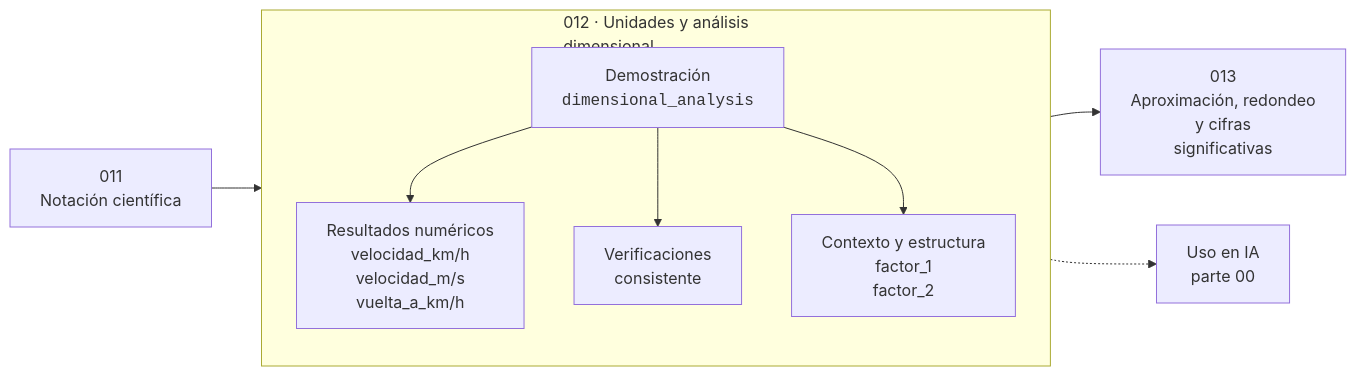
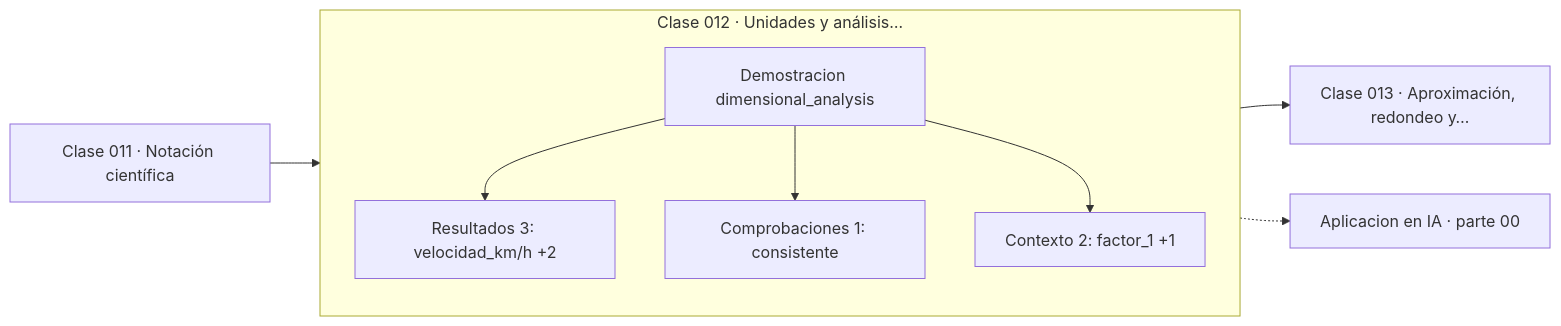
The diagram in classes/part-00-pensamiento-matematico-desde-cero/012-unidades-y-analisis-dimensional/README.md (vladimiracunadev-create/computational-mathematics-program), drawn with Mermaid before and after one commit. The commit also changed 389 other files, not shown here.

First line of the commit message:
fix(diagramas): elimina el HTML de las etiquetas Mermaid

````diff
--- a/classes/part-00-pensamiento-matematico-desde-cero/012-unidades-y-analisis-dimensional/README.md
+++ b/classes/part-00-pensamiento-matematico-desde-cero/012-unidades-y-analisis-dimensional/README.md
@@ -35,12 +35,13 @@
 ```mermaid
 flowchart LR
-    P["011<br/>Notación científica"] --> C
-    subgraph C["012 · Unidades y análisis<br/>dimensional"]
+    P["Clase 011 · Notación científica"] --> D
+    subgraph CLASE["Clase 012 · Unidades y análisis…"]
         direction TB
-        D["Demostración<br/><code>dimensional_analysis</code>"] --> R["Resultados numéricos<br/>velocidad_km/h<br/>velocidad_m/s<br/>vuelta_a_km/h"]
-        D --> V["Verificaciones<br/>consistente"]
-        D --> O["Contexto y estructura<br/>factor_1<br/>factor_2"]
+        D["Demostracion dimensional_analysis"]
+        D --> R["Resultados 3: velocidad_km/h +2"]
+        D --> V["Comprobaciones 1: consistente"]
+        D --> O["Contexto 2: factor_1 +1"]
     end
-    C --> N["013<br/>Aproximación, redondeo<br/>y cifras<br/>significativas"]
-    C -.-> IA["Uso en IA<br/>parte 00"]
+    R --> N["Clase 013 · Aproximación, redondeo y…"]
+    V -.-> IA["Aplicacion en IA · parte 00"]
 ```
````
